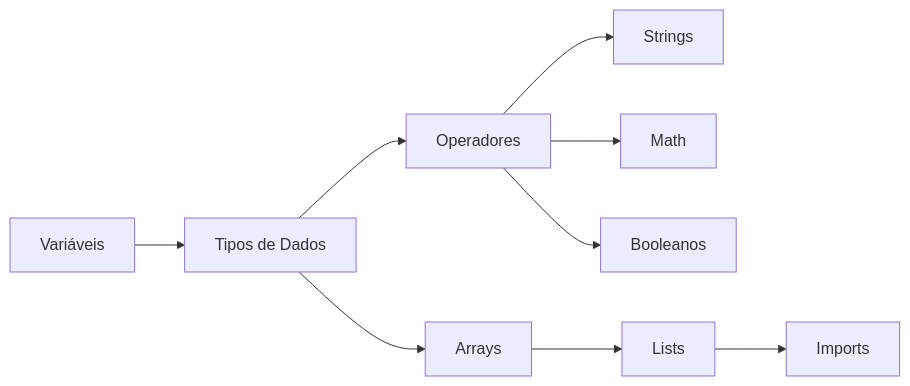
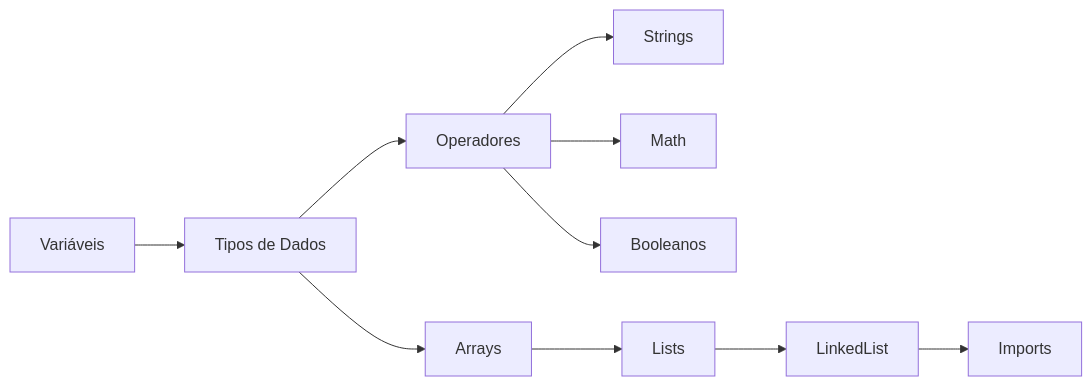
One commit to Nick-machado/java-study changed the fifth of 40 diagrams in README.md. Above: the diagram before and after it, drawn with Mermaid. The commit also changed other lines of this file and 4 other files, not shown here.

First line of the commit message:
Add LinkedList and exception handling examples

````diff
--- a/README.md
+++ b/README.md
@@ -211,11 +220,12 @@
 ```mermaid
 flowchart LR
     A["Variáveis"] --> B["Tipos de Dados"]
     B --> C["Operadores"]
     C --> D["Strings"]
     C --> E["Math"]
     C --> F["Booleanos"]
     B --> G["Arrays"]
     G --> L["Lists"]
-    L --> H["Imports"]
+    L --> LL["LinkedList"]
+    LL --> H["Imports"]
 ```
````
